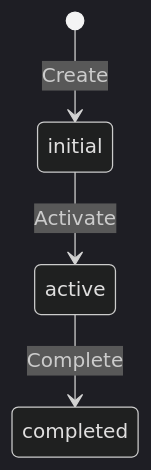
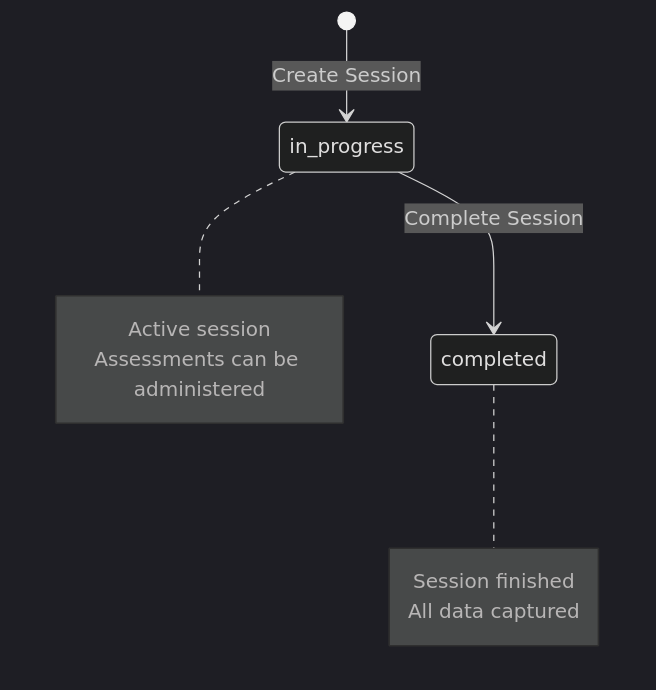
The second of 7 diagrams in concept-model/entity-relationship-diagram.md (pglevy/ux-metrics-app), drawn with Mermaid (dark theme) before and after one commit. The commit also changed other lines of this file and 6 other files, not shown here.

Commit message:
schema and concept model docs

````diff
--- a/concept-model/entity-relationship-diagram.md
+++ b/concept-model/entity-relationship-diagram.md
@@ -99,6 +136,15 @@
 ```mermaid
 stateDiagram-v2
-    [*] --> initial: Create
-    initial --> active: Activate
-    active --> completed: Complete
+    [*] --> in_progress: Create Session
+    in_progress --> completed: Complete Session
+
+    note right of in_progress
+        Active session
+        Assessments can be administered
+    end note
+
+    note right of completed
+        Session finished
+        All data captured
+    end note
 ```
````
